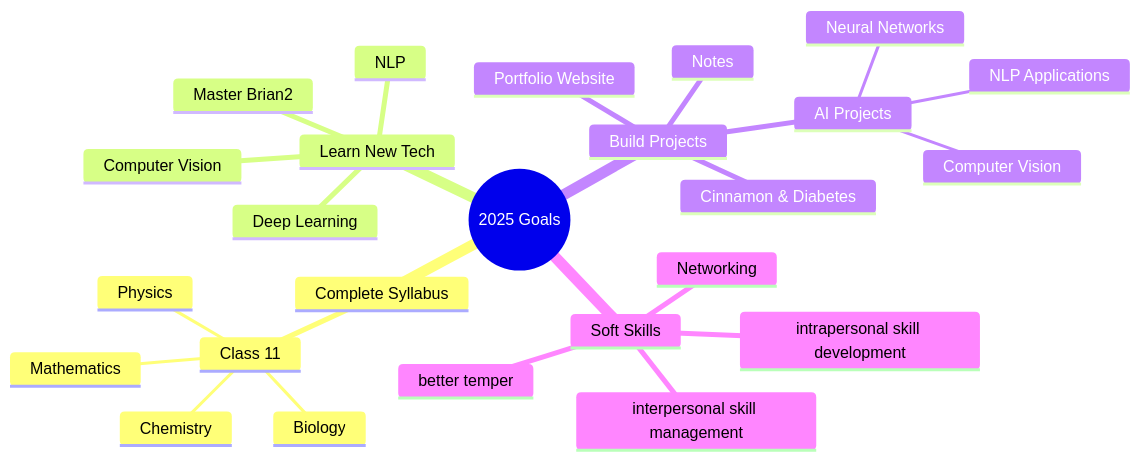
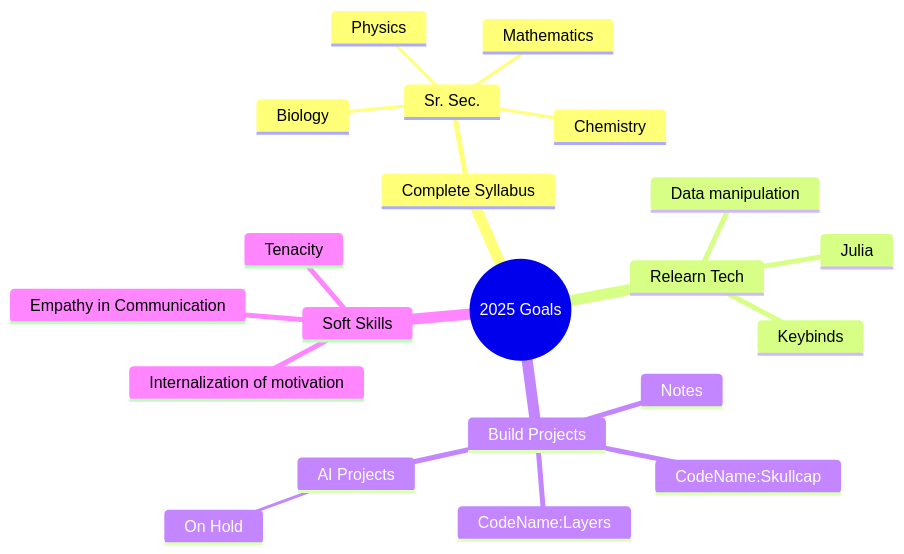
One commit to and262144/and262144 changed the diagram in README.md. Above: the diagram before and after it, drawn with Mermaid. The commit also changed other lines of this file, not shown here.

Commit message:
Update goals and project list in README

````diff
--- a/README.md
+++ b/README.md
@@ -106,28 +105,24 @@
 ```mermaid
 mindmap
   root((2025 Goals))
     Complete Syllabus
-      Class 11
+      Sr. Sec.
         Physics
         Chemistry
         Biology
         Mathematics
-    Learn New Tech
-      Master Brian2
-      Deep Learning
-      Computer Vision
-      NLP
+    Relearn Tech
+        Julia
+        Data manipulation
+        Keybinds
     Build Projects
-      Portfolio Website
-      Cinnamon & Diabetes
+      CodeName:Skullcap
+      CodeName:Layers
       Notes
       AI Projects
-        Neural Networks
-        Computer Vision
-        NLP Applications
+        On Hold
     Soft Skills
-      better temper
-      intrapersonal skill development
-      interpersonal skill management
-      Networking
+      Empathy in Communication
+      Internalization of motivation
+      Tenacity
 ```
````
